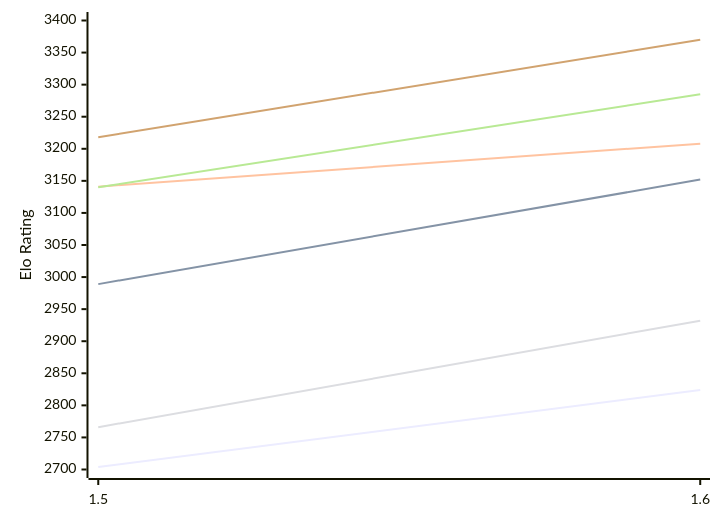
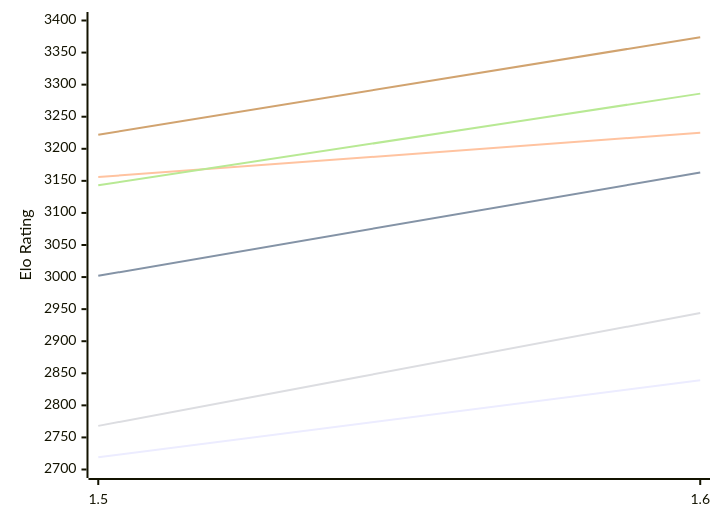
Before and after one commit to computer-chess-index/cci: the first of 2 diagrams in engines/Yakka.md, drawn with Mermaid. The commit also changed other lines of this file, not shown here.

Commit message:
Update CCI Ratings (ELO VLTC) - 2026-10-22

````diff
--- a/engines/Yakka.md
+++ b/engines/Yakka.md
@@ -51,12 +51,12 @@
 ```mermaid
 %%{init: {"theme":"base","themeVariables":{"seriesColors:['#a3a3a3','#222221','#faa371']}}}%%
 xychart-beta
   x-axis ["1.5", "1.6"]
   y-axis "Elo Rating" 2700 --> 3400
-  line "E1: STC (8.0+0.08s)" [2704, 2824]
-  line "E1: LTC (60.0+0.60s)" [2989, 3152]
-  line "E1: VLTC (2m24s+1.12s)" [3141, 3208]
-  line "P1: STC (8.0+0.08s)" [2766, 2932]
-  line "P1: LTC (60.0+0.60s)" [3140, 3285]
-  line "P1: VLTC (2m24s+1.12s)" [3218, 3370]
+  line "E1: STC (8.0+0.08s)" [2719, 2839]
+  line "E1: LTC (60.0+0.60s)" [3002, 3163]
+  line "E1: VLTC (2m24s+1.12s)" [3156, 3225]
+  line "P1: STC (8.0+0.08s)" [2768, 2944]
+  line "P1: LTC (60.0+0.60s)" [3143, 3286]
+  line "P1: VLTC (2m24s+1.12s)" [3222, 3374]
 ```
````
